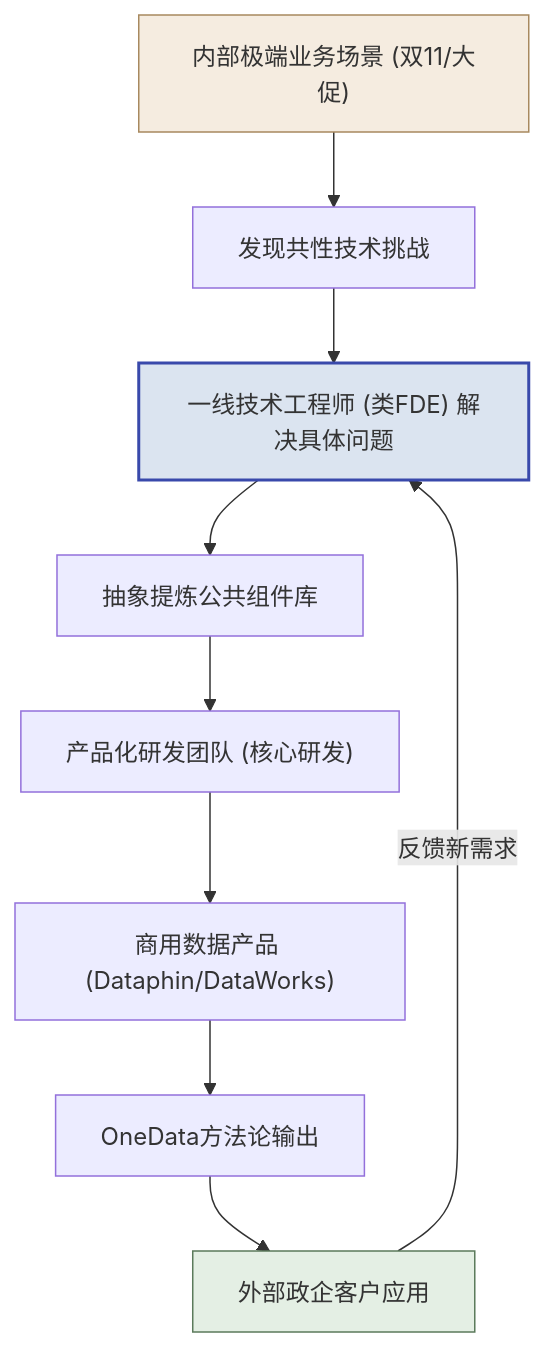
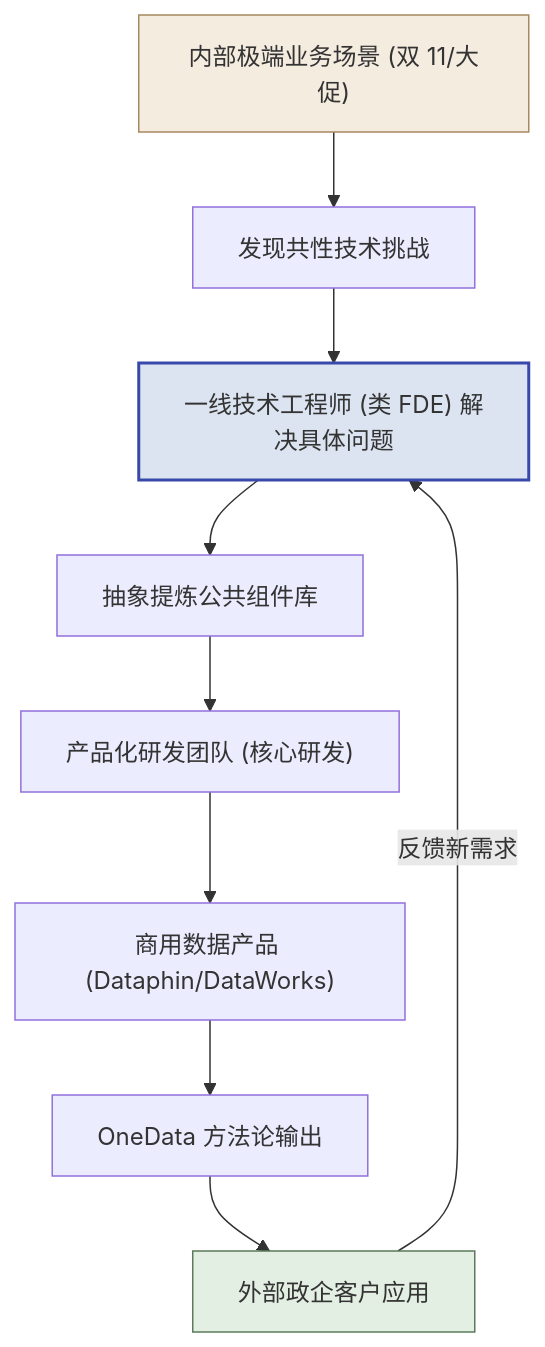
Before and after one commit to cloudzun/fde-course: the first of 4 diagrams in textbook/第13章_中国云服务商的FDE实践图谱.md, drawn with Mermaid. The commit also changed other lines of this file and 25 other files, not shown here.

````diff
--- a/textbook/第13章_中国云服务商的FDE实践图谱.md
+++ b/textbook/第13章_中国云服务商的FDE实践图谱.md
@@ -57,15 +57,15 @@
 ```mermaid
 graph TD
-    scene["内部极端业务场景 (双11/大促)"] --> chal["发现共性技术挑战"]
-    chal --> fde["一线技术工程师 (类FDE) 解决具体问题"]
+    scene["内部极端业务场景 (双 11/大促)"] --> chal["发现共性技术挑战"]
+    chal --> fde["一线技术工程师 (类 FDE) 解决具体问题"]
     fde --> lib["抽象提炼公共组件库"]
     lib --> prod["产品化研发团队 (核心研发)"]
     prod --> data["商用数据产品 (Dataphin/DataWorks)"]
-    data --> meth["OneData方法论输出"]
+    data --> meth["OneData 方法论输出"]
     meth --> cust["外部政企客户应用"]
     cust -->|反馈新需求| fde
 
     style scene fill:#f5ece0,stroke:#a8895f
     style fde fill:#dbe4f0,stroke:#3949ab,stroke-width:2px
     style cust fill:#e4efe4,stroke:#5b7a5b
 ```
````
